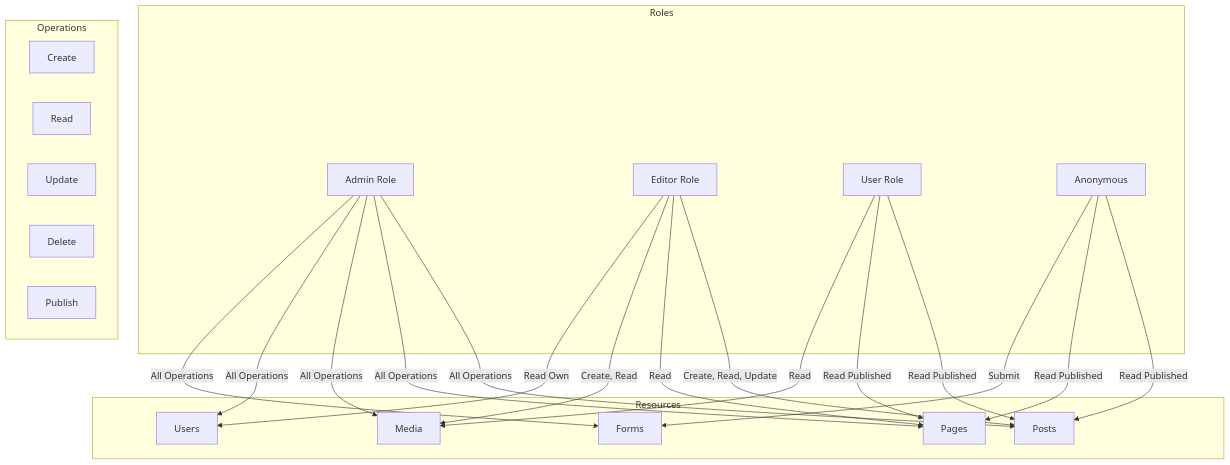
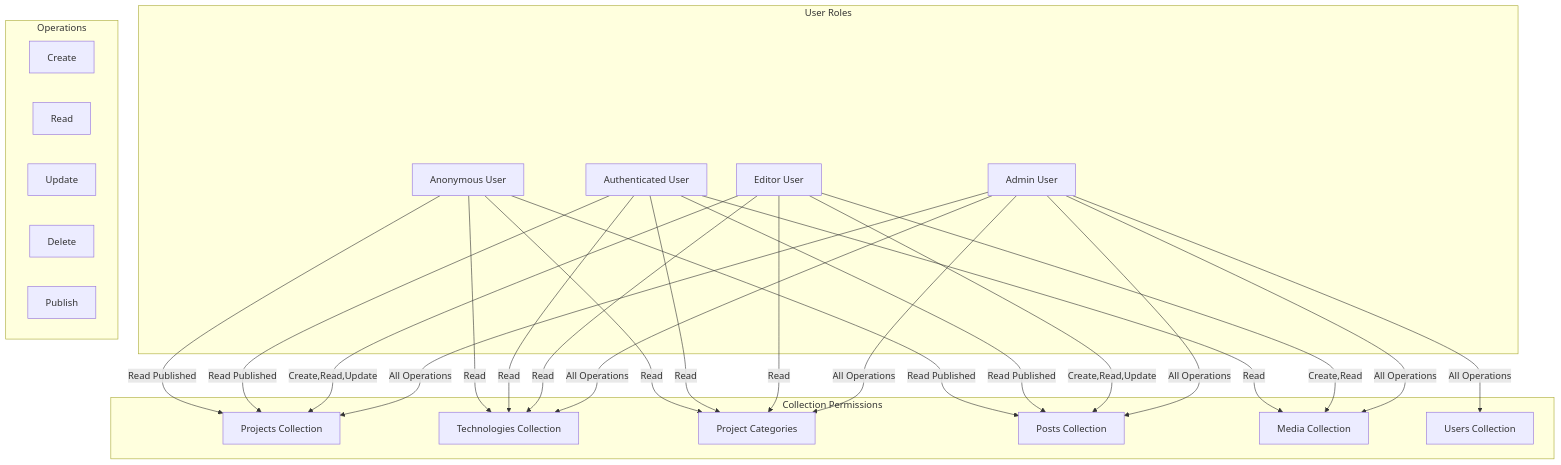
One commit to surya-madhav/portfolio-blog-2025 changed the ninth of 14 diagrams in docs/backend-database-architecture.md. Above: the diagram before and after it, drawn with Mermaid. The commit also changed other lines of this file and 33 other files, not shown here.

````diff
--- a/docs/backend-database-architecture.md
+++ b/docs/backend-database-architecture.md
@@ -598,44 +879,50 @@
 ```mermaid
 graph TD
-    subgraph "Roles"
-        Admin[Admin Role]
-        Editor[Editor Role]
-        User[User Role]
-        Public[Anonymous]
+    subgraph "User Roles"
+        Admin[Admin User]
+        Editor[Editor User]
+        Authenticated[Authenticated User]
+        Anonymous[Anonymous User]
     end
     
-    subgraph "Resources"
-        Posts[Posts]
-        Pages[Pages]
-        Media[Media]
-        Users[Users]
-        Forms[Forms]
+    subgraph "Collection Permissions"
+        Projects[Projects Collection]
+        Technologies[Technologies Collection]
+        Categories[Project Categories]
+        Posts[Posts Collection]
+        Media[Media Collection]
+        Users[Users Collection]
     end
     
     subgraph "Operations"
         Create[Create]
         Read[Read]
         Update[Update]
         Delete[Delete]
         Publish[Publish]
     end
     
+    Admin -->|All Operations| Projects
+    Admin -->|All Operations| Technologies
+    Admin -->|All Operations| Categories
     Admin -->|All Operations| Posts
-    Admin -->|All Operations| Pages
     Admin -->|All Operations| Media
     Admin -->|All Operations| Users
-    Admin -->|All Operations| Forms
     
-    Editor -->|Create, Read, Update| Posts
-    Editor -->|Read| Pages
-    Editor -->|Create, Read| Media
-    Editor -->|Read Own| Users
+    Editor -->|Create,Read,Update| Projects
+    Editor -->|Read| Technologies
+    Editor -->|Read| Categories
+    Editor -->|Create,Read,Update| Posts
+    Editor -->|Create,Read| Media
     
-    User -->|Read Published| Posts
-    User -->|Read Published| Pages
-    User -->|Read| Media
+    Authenticated -->|Read Published| Projects
+    Authenticated -->|Read| Technologies
+    Authenticated -->|Read| Categories
+    Authenticated -->|Read Published| Posts
+    Authenticated -->|Read| Media
     
-    Public -->|Read Published| Posts
-    Public -->|Read Published| Pages
-    Public -->|Submit| Forms
+    Anonymous -->|Read Published| Projects
+    Anonymous -->|Read| Technologies
+    Anonymous -->|Read| Categories
+    Anonymous -->|Read Published| Posts
 ```
````
